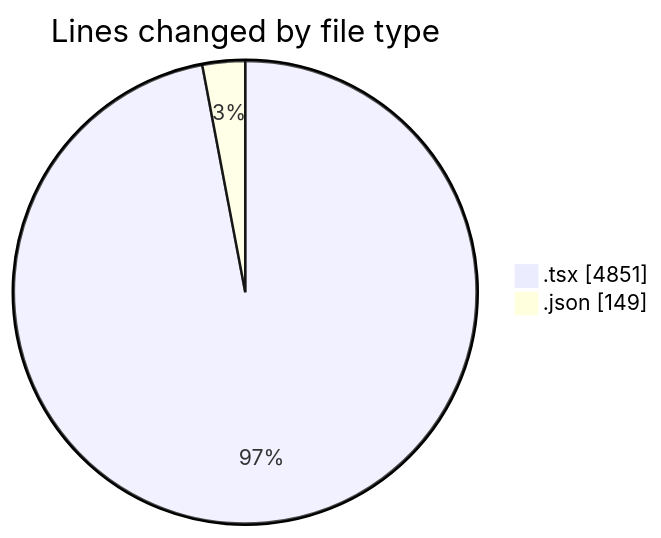
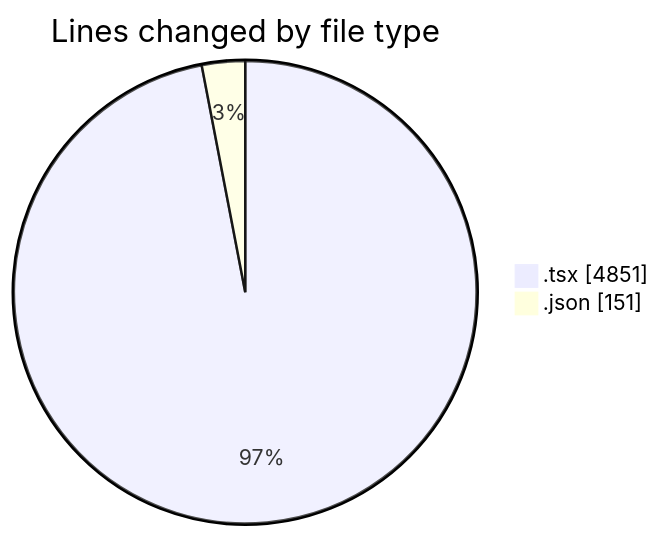
One commit to momahboobian/code-tracking changed the first of 2 diagrams in 2026-11-13/broadcaster-v6-feature/README.md. Above: the diagram before and after it, drawn with Mermaid. The commit also changed other lines of this file and 1 other file, not shown here.

````diff
--- a/2026-11-13/broadcaster-v6-feature/README.md
+++ b/2026-11-13/broadcaster-v6-feature/README.md
@@ -34,6 +34,6 @@
 ```mermaid
 pie showData
 title Lines changed by file type
 ".tsx" : 4851
-".json" : 149
+".json" : 151
 ```
````
